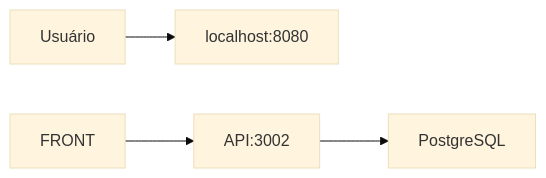
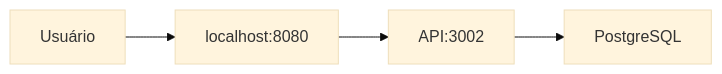
One commit to RildoDias08/TestandoAws changed the first of 2 diagrams in README.md. Above: the diagram before and after it, drawn with Mermaid (base theme).

Commit message:
Fix flowchart labels in README.md

````diff
--- a/README.md
+++ b/README.md
@@ -16,7 +16,7 @@
 ```mermaid
 flowchart LR
-    Usuário --> Frontend[localhost:8080]
-    FRONT --> BACKEND[API:3002]
+    Usuário --> FRONTEND[localhost:8080]
+    FRONTEND --> BACKEND[API:3002]
     BACKEND --> DB[PostgreSQL]
 
 ```
````
